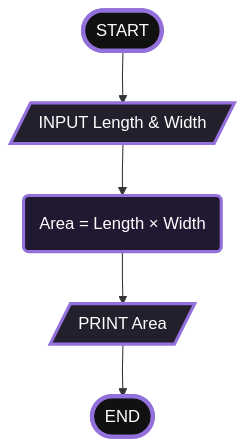
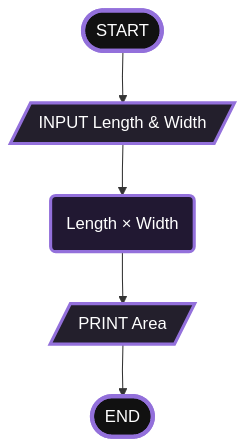
One commit to deccalum/Flowchart-WS-2 changed the sixth of 9 diagrams in README.md. Above: the diagram before and after it, drawn with Mermaid. The commit also changed other lines of this file, not shown here.

Commit message:
consistent flowchart and pseudocode formatting

````diff
--- a/README.md
+++ b/README.md
@@ -200,12 +203,12 @@
 ```mermaid
 %%{init: {'flowchart': {'curve': 'linear'}} }%%
 flowchart TD
     A([START]):::AZ --> B[/INPUT Length & Width/]:::IO
-    B --> C(Area = Length &times; Width):::CA
+    B --> C(Length &times; Width):::CA
     C --> D[/PRINT Area/]:::IO
     D --> E([END]):::AZ
 
     classDef AZ color:#fff,fill:#111111,stroke:#3,stroke-width:4px
     classDef IO color:#fff,fill:#231f2c,stroke:#3,stroke-width:3px
     classDef CA color:#fff,fill:#211832,stroke:#3,stroke-width:3px
 ```
````
